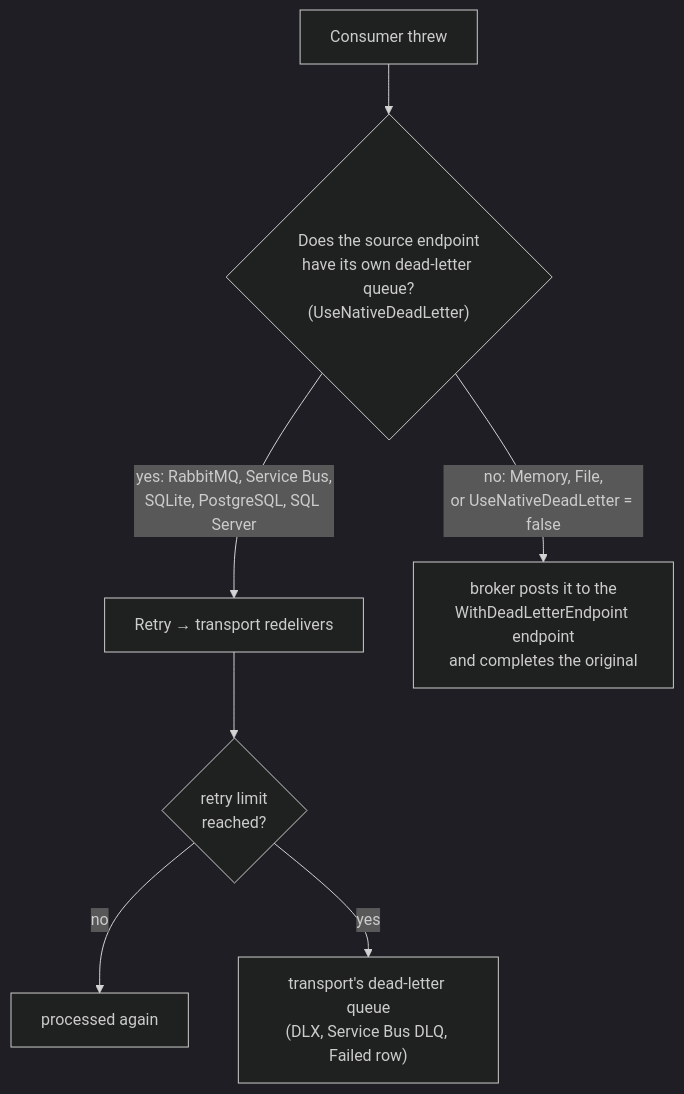
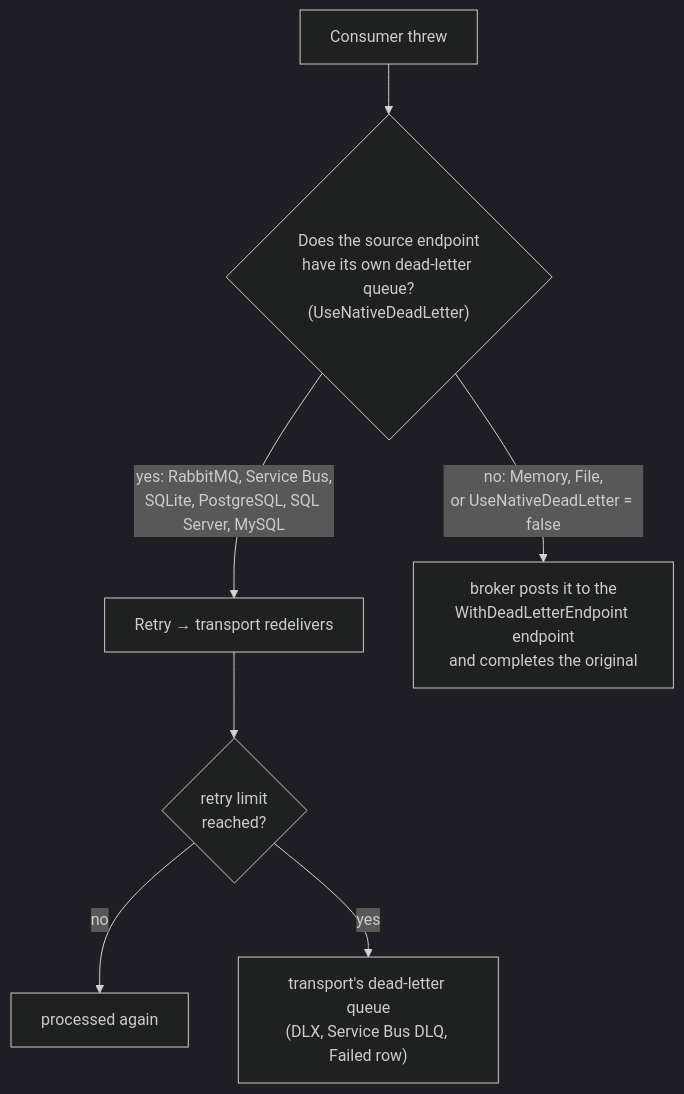
One commit to nymankla/NymBroker changed the second of 2 diagrams in docs/reliability.md. Above: the diagram before and after it, drawn with Mermaid (dark theme). The commit also changed other lines of this file and 44 other files, not shown here.

````diff
--- a/docs/reliability.md
+++ b/docs/reliability.md
@@ -31,9 +31,9 @@
 ```mermaid
 flowchart TD
     F["Consumer threw"] --> N{"Does the source endpoint<br/>have its own dead-letter queue?<br/>(UseNativeDeadLetter)"}
-    N -- "yes: RabbitMQ, Service Bus,<br/>SQLite, PostgreSQL, SQL Server" --> R["Retry → transport redelivers"]
+    N -- "yes: RabbitMQ, Service Bus,<br/>SQLite, PostgreSQL, SQL Server, MySQL" --> R["Retry → transport redelivers"]
     R --> L{"retry limit<br/>reached?"}
     L -- no --> AGAIN["processed again"]
     L -- yes --> NDL["transport's dead-letter queue<br/>(DLX, Service Bus DLQ, Failed row)"]
     N -- "no: Memory, File,<br/>or UseNativeDeadLetter = false" --> BDL["broker posts it to the<br/>WithDeadLetterEndpoint endpoint<br/>and completes the original"]
 ```
````
